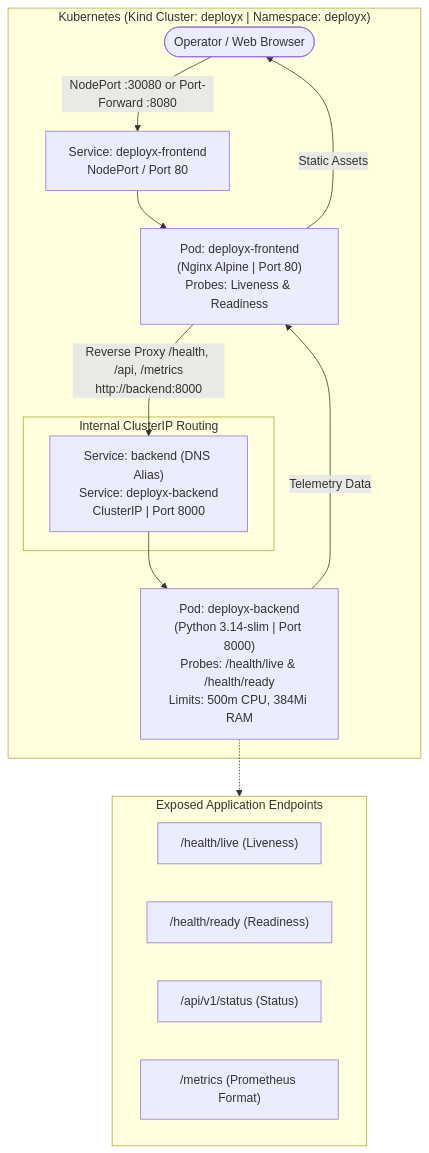
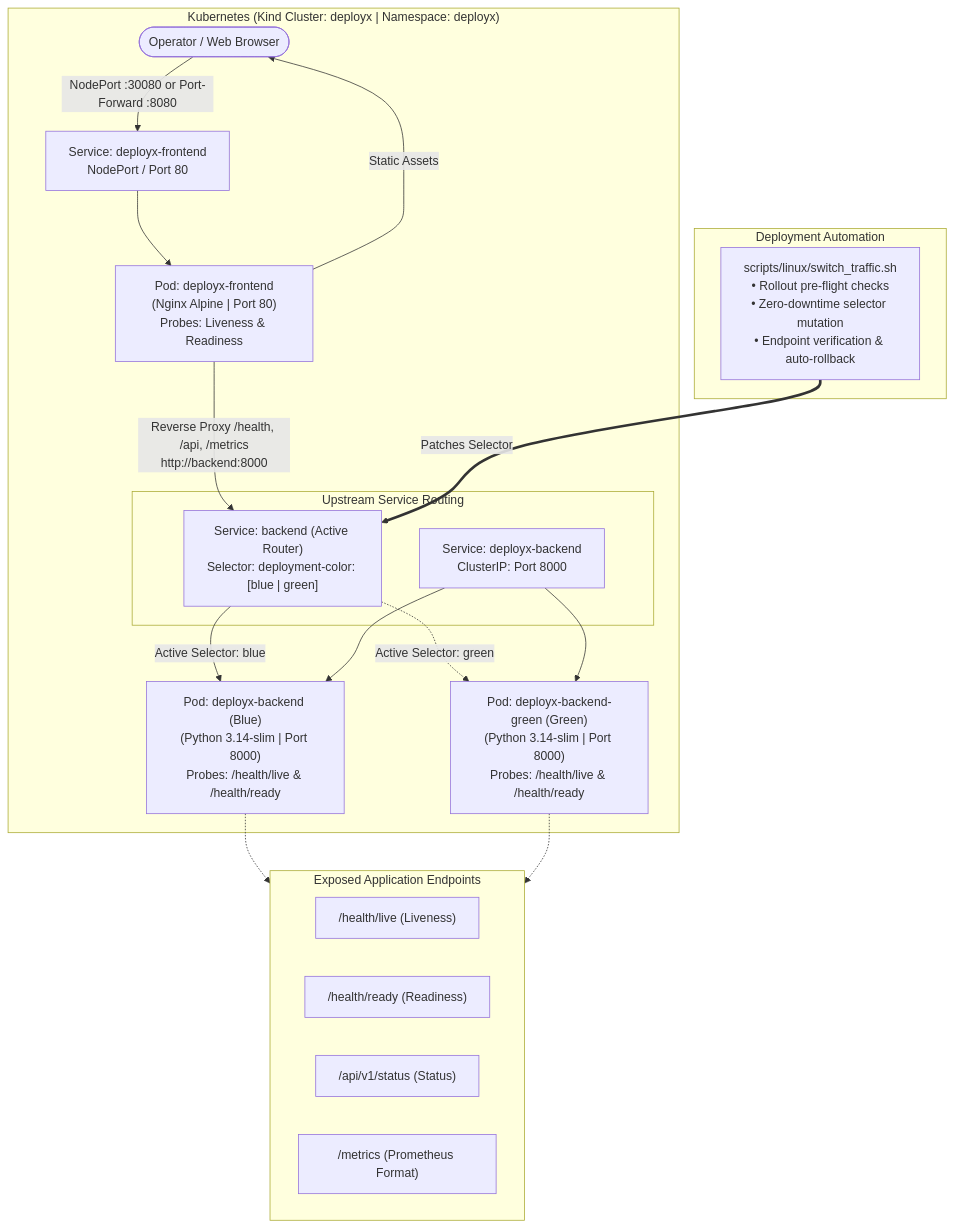
One commit to abhinavitgithub/DeployX changed the diagram in README.md. Above: the diagram before and after it, drawn with Mermaid. The commit also changed other lines of this file and 8 other files, not shown here.

Commit message:
feat: implement Kubernetes blue-green deployment

````diff
--- a/README.md
+++ b/README.md
@@ -44,28 +44,37 @@
 ```mermaid
 flowchart TD
     Client([Operator / Web Browser]) -->|NodePort :30080 or Port-Forward :8080| FE_SVC[Service: deployx-frontend<br/>NodePort / Port 80]
 
     subgraph K8s["Kubernetes (Kind Cluster: deployx | Namespace: deployx)"]
         FE_SVC --> FE_POD["Pod: deployx-frontend<br/>(Nginx Alpine | Port 80)<br/>Probes: Liveness & Readiness"]
 
         FE_POD -->|Static Assets| Client
-        FE_POD -->|Reverse Proxy /health, /api, /metrics<br/>http://backend:8000| BE_SVC
+        FE_POD -->|Reverse Proxy /health, /api, /metrics<br/>http://backend:8000| BE_ROUTER
 
-        subgraph Services["Internal ClusterIP Routing"]
-            BE_SVC["Service: backend (DNS Alias)<br/>Service: deployx-backend<br/>ClusterIP | Port 8000"]
+        subgraph Routing["Upstream Service Routing"]
+            BE_ROUTER["Service: backend (Active Router)<br/>Selector: deployment-color: [blue | green]"]
+            BE_CANONICAL["Service: deployx-backend<br/>ClusterIP: Port 8000"]
         end
 
-        BE_SVC --> BE_POD["Pod: deployx-backend<br/>(Python 3.14-slim | Port 8000)<br/>Probes: /health/live & /health/ready<br/>Limits: 500m CPU, 384Mi RAM"]
+        BE_ROUTER -->|Active Selector: blue| BE_BLUE["Pod: deployx-backend (Blue)<br/>(Python 3.14-slim | Port 8000)<br/>Probes: /health/live & /health/ready"]
+        BE_ROUTER -.->|Active Selector: green| BE_GREEN["Pod: deployx-backend-green (Green)<br/>(Python 3.14-slim | Port 8000)<br/>Probes: /health/live & /health/ready"]
 
-        BE_POD -->|Telemetry Data| FE_POD
+        BE_CANONICAL --> BE_BLUE
+        BE_CANONICAL --> BE_GREEN
+    end
+
+    subgraph Controller["Deployment Automation"]
+        SW_SCRIPT["scripts/linux/switch_traffic.sh<br/>• Rollout pre-flight checks<br/>• Zero-downtime selector mutation<br/>• Endpoint verification & auto-rollback"]
+        SW_SCRIPT ==>|Patches Selector| BE_ROUTER
     end
 
     subgraph DeployedEndpoints["Exposed Application Endpoints"]
         E1["/health/live (Liveness)"]
         E2["/health/ready (Readiness)"]
         E3["/api/v1/status (Status)"]
         E4["/metrics (Prometheus Format)"]
     end
 
-    BE_POD -.-> DeployedEndpoints
+    BE_BLUE -.-> DeployedEndpoints
+    BE_GREEN -.-> DeployedEndpoints
 ```
````
